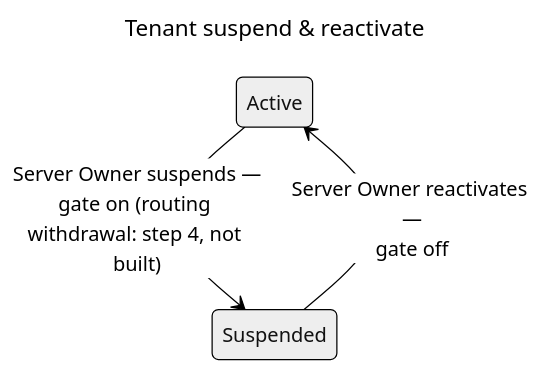
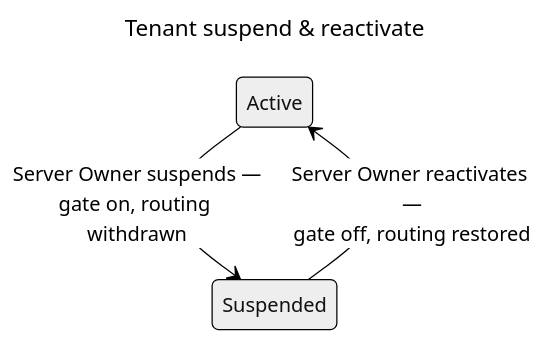
One commit to raddatzk/veyq changed the diagram in docs/features/admin/use-cases/uc.admin.suspend-tenant.md. Above: the diagram before and after it, drawn with Mermaid (neutral theme). The commit also changed other lines of this file and 1 other file, not shown here.

First line of the commit message:
docs: uc.admin.suspend-tenant's step 4 is built now, not "not built yet"

````diff
--- a/docs/features/admin/use-cases/uc.admin.suspend-tenant.md
+++ b/docs/features/admin/use-cases/uc.admin.suspend-tenant.md
@@ -35,8 +36,8 @@
 ```mermaid
 ---
 title: Tenant suspend & reactivate
 ---
 stateDiagram-v2
-  Active --> Suspended : Server Owner suspends —<br>gate on (routing withdrawal: step 4, not built)
-  Suspended --> Active : Server Owner reactivates —<br>gate off
+  Active --> Suspended : Server Owner suspends —<br>gate on, routing withdrawn
+  Suspended --> Active : Server Owner reactivates —<br>gate off, routing restored
 ```
````
